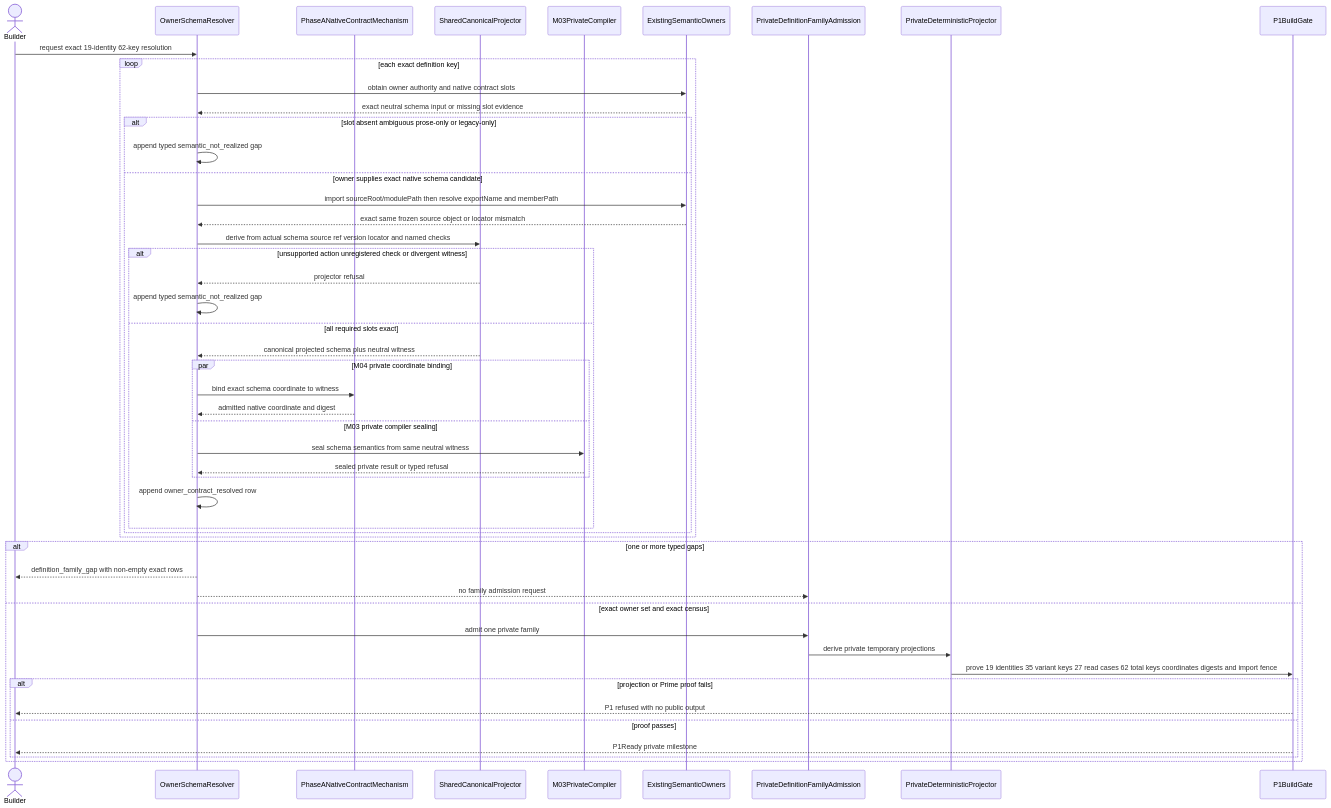
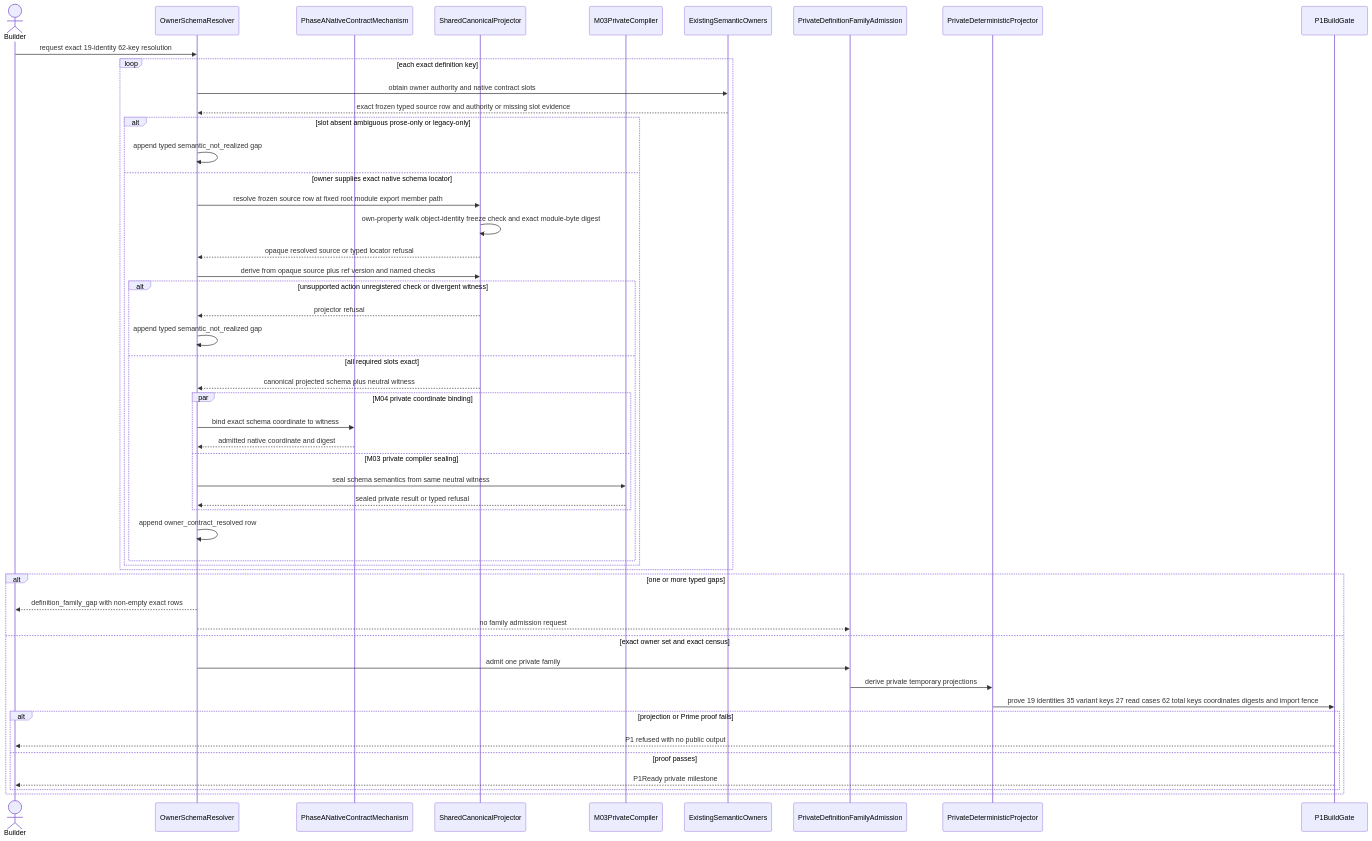
The second of 3 diagrams in build_tenants/abiogenesis/typescript/design/M04_PUBLIC_OPERATION_DEFINITION_FAMILY_BEHAVIOR_DESIGN.md (foolishimp/abiogenesis), drawn with Mermaid before and after one commit. The commit also changed other lines of this file and 18 other files, not shown here.

Commit message:
fix(t281): bind native schema sources to compiled owners

````diff
--- a/build_tenants/abiogenesis/typescript/design/M04_PUBLIC_OPERATION_DEFINITION_FAMILY_BEHAVIOR_DESIGN.md
+++ b/build_tenants/abiogenesis/typescript/design/M04_PUBLIC_OPERATION_DEFINITION_FAMILY_BEHAVIOR_DESIGN.md
@@ -1089,52 +1138,53 @@
 ```mermaid
 sequenceDiagram
   actor Builder
   participant Resolver as OwnerSchemaResolver
   participant PhaseA as PhaseANativeContractMechanism
   participant Shared as SharedCanonicalProjector
   participant Compiler as M03PrivateCompiler
   participant Owners as ExistingSemanticOwners
   participant Family as PrivateDefinitionFamilyAdmission
   participant Projector as PrivateDeterministicProjector
   participant Gate as P1BuildGate
 
   Builder->>Resolver: request exact 19-identity 62-key resolution
   loop each exact definition key
     Resolver->>Owners: obtain owner authority and native contract slots
-    Owners-->>Resolver: exact neutral schema input or missing slot evidence
+    Owners-->>Resolver: exact frozen typed source row and authority or missing slot evidence
     alt slot absent ambiguous prose-only or legacy-only
       Resolver->>Resolver: append typed semantic_not_realized gap
-    else owner supplies exact native schema candidate
-      Resolver->>Owners: import sourceRoot/modulePath then resolve exportName and memberPath
-      Owners-->>Resolver: exact same frozen source object or locator mismatch
-      Resolver->>Shared: derive from actual schema source ref version locator and named checks
+    else owner supplies exact native schema locator
+      Resolver->>Shared: resolve frozen source row at fixed root module export member path
+      Shared->>Shared: own-property walk object-identity freeze check and exact module-byte digest
+      Shared-->>Resolver: opaque resolved source or typed locator refusal
+      Resolver->>Shared: derive from opaque source plus ref version and named checks
       alt unsupported action unregistered check or divergent witness
         Shared-->>Resolver: projector refusal
         Resolver->>Resolver: append typed semantic_not_realized gap
       else all required slots exact
         Shared-->>Resolver: canonical projected schema plus neutral witness
         par M04 private coordinate binding
           Resolver->>PhaseA: bind exact schema coordinate to witness
           PhaseA-->>Resolver: admitted native coordinate and digest
         and M03 private compiler sealing
           Resolver->>Compiler: seal schema semantics from same neutral witness
           Compiler-->>Resolver: sealed private result or typed refusal
         end
         Resolver->>Resolver: append owner_contract_resolved row
       end
     end
   end
   alt one or more typed gaps
     Resolver-->>Builder: definition_family_gap with non-empty exact rows
     Resolver-->>Family: no family admission request
   else exact owner set and exact census
     Resolver->>Family: admit one private family
     Family->>Projector: derive private temporary projections
     Projector->>Gate: prove 19 identities 35 variant keys 27 read cases 62 total keys coordinates digests and import fence
     alt projection or Prime proof fails
       Gate-->>Builder: P1 refused with no public output
     else proof passes
       Gate-->>Builder: P1Ready private milestone
     end
   end
 ```
````
